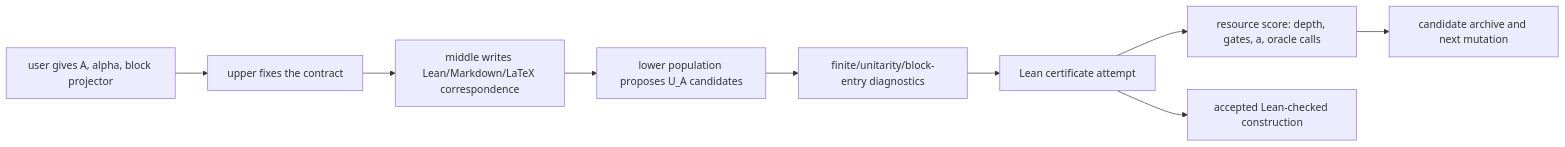
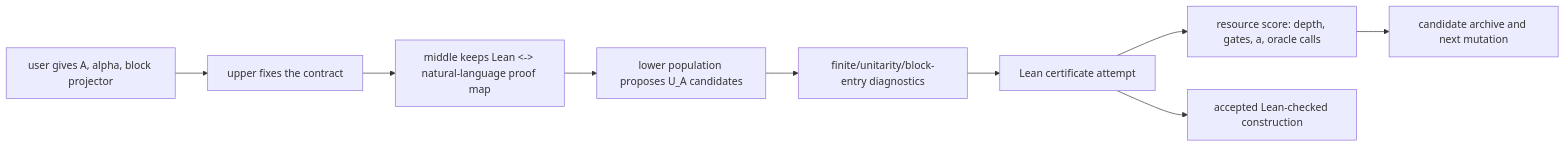
One commit to DakeBU/Quantum-Computing-Block-Encoding changed the first of 2 diagrams in README.md. Above: the diagram before and after it, drawn with Mermaid. The commit also changed other lines of this file and 23 other files, not shown here.

````diff
--- a/README.md
+++ b/README.md
@@ -44,11 +44,11 @@
 ```mermaid
 flowchart LR
   A["user gives A, alpha, block projector"] --> B["upper fixes the contract"]
-  B --> C["middle writes Lean/Markdown/LaTeX correspondence"]
+  B --> C["middle keeps Lean <-> natural-language proof map"]
   C --> D["lower population proposes U_A candidates"]
   D --> E["finite/unitarity/block-entry diagnostics"]
   E --> F["Lean certificate attempt"]
   F --> G["resource score: depth, gates, a, oracle calls"]
   G --> H["candidate archive and next mutation"]
   F --> I["accepted Lean-checked construction"]
 ```
````
